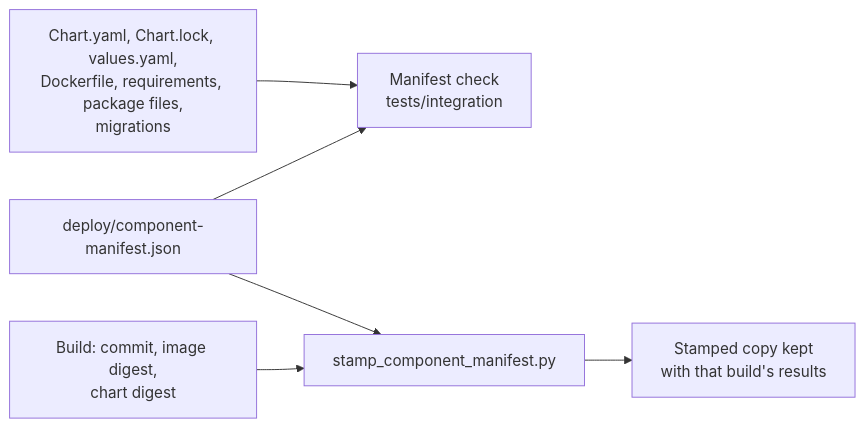
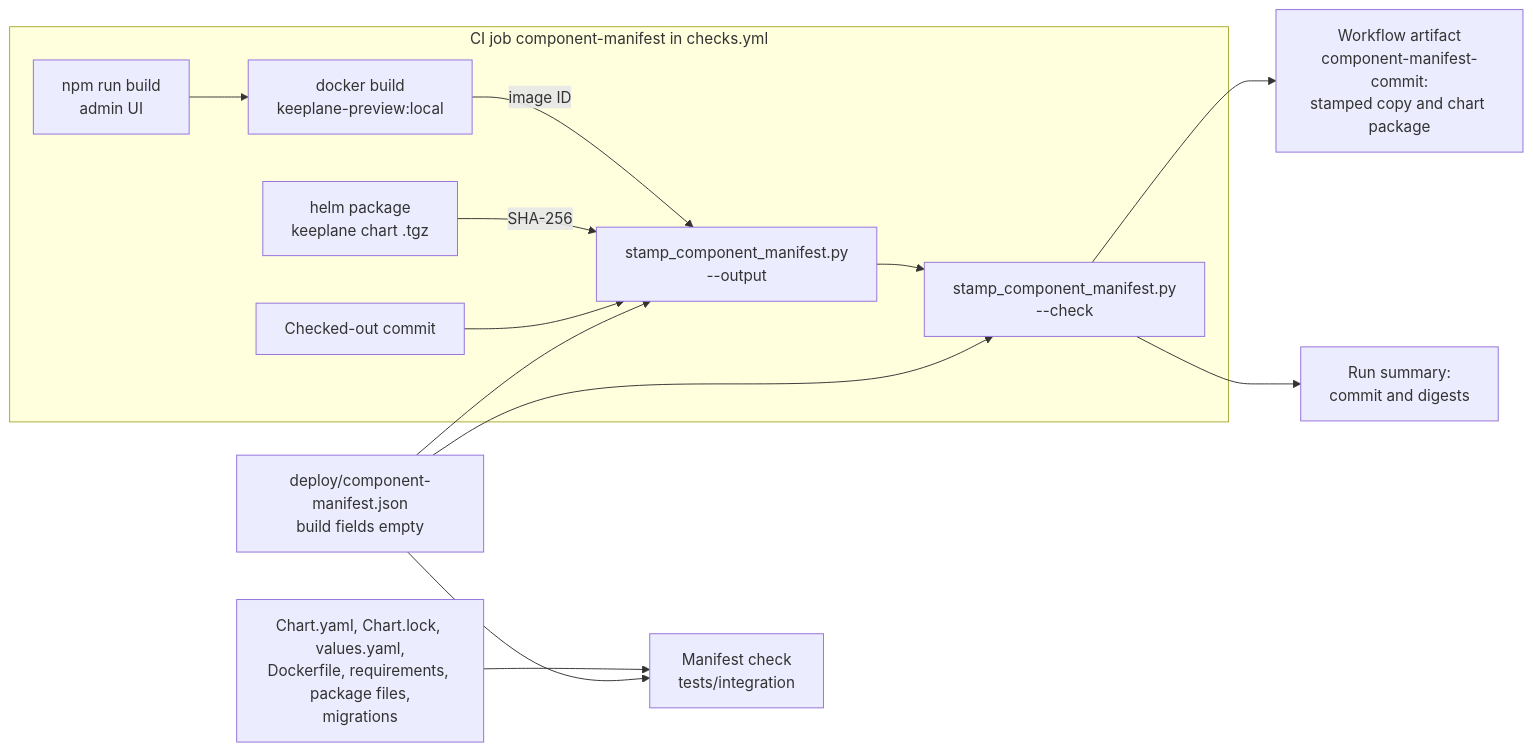
One commit to OsamaFelFel/keeplane changed the diagram in docs/architecture/component-manifest.md. Above: the diagram before and after it, drawn with Mermaid. The commit also changed other lines of this file and 7 other files, not shown here.

First line of the commit message:
ci(manifest): stamp the component manifest in each build

````diff
--- a/docs/architecture/component-manifest.md
+++ b/docs/architecture/component-manifest.md
@@ -13,8 +13,18 @@
 ```mermaid
 flowchart LR
   Sources[Chart.yaml, Chart.lock, values.yaml,<br/>Dockerfile, requirements, package files,<br/>migrations] --> Check[Manifest check<br/>tests/integration]
-  Manifest[deploy/component-manifest.json] --> Check
-  Manifest --> Stamp[stamp_component_manifest.py]
-  Build[Build: commit, image digest,<br/>chart digest] --> Stamp
-  Stamp --> Copy[Stamped copy kept<br/>with that build's results]
+  Manifest[deploy/component-manifest.json<br/>build fields empty] --> Check
+  subgraph CI[CI job component-manifest in checks.yml]
+    UI[npm run build<br/>admin UI] --> Image[docker build<br/>keeplane-preview:local]
+    Chart[helm package<br/>keeplane chart .tgz]
+    Commit[Checked-out commit]
+    Image -->|image ID| Stamp[stamp_component_manifest.py<br/>--output]
+    Chart -->|SHA-256| Stamp
+    Commit --> Stamp
+    Stamp --> Verify[stamp_component_manifest.py<br/>--check]
+  end
+  Manifest --> Stamp
+  Manifest --> Verify
+  Verify --> Artifact[Workflow artifact<br/>component-manifest-commit:<br/>stamped copy and chart package]
+  Verify --> Summary[Run summary:<br/>commit and digests]
 ```
````
